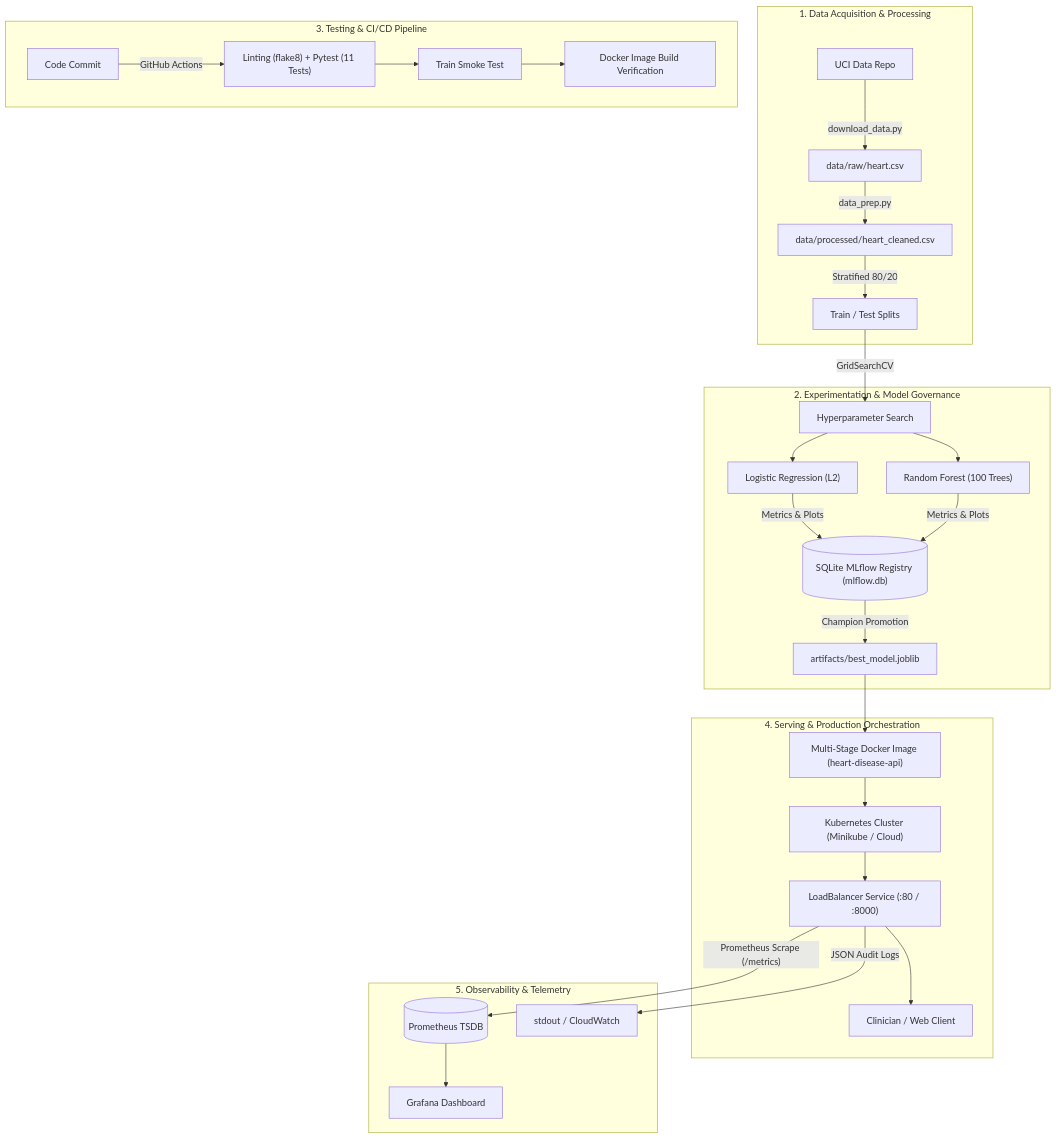
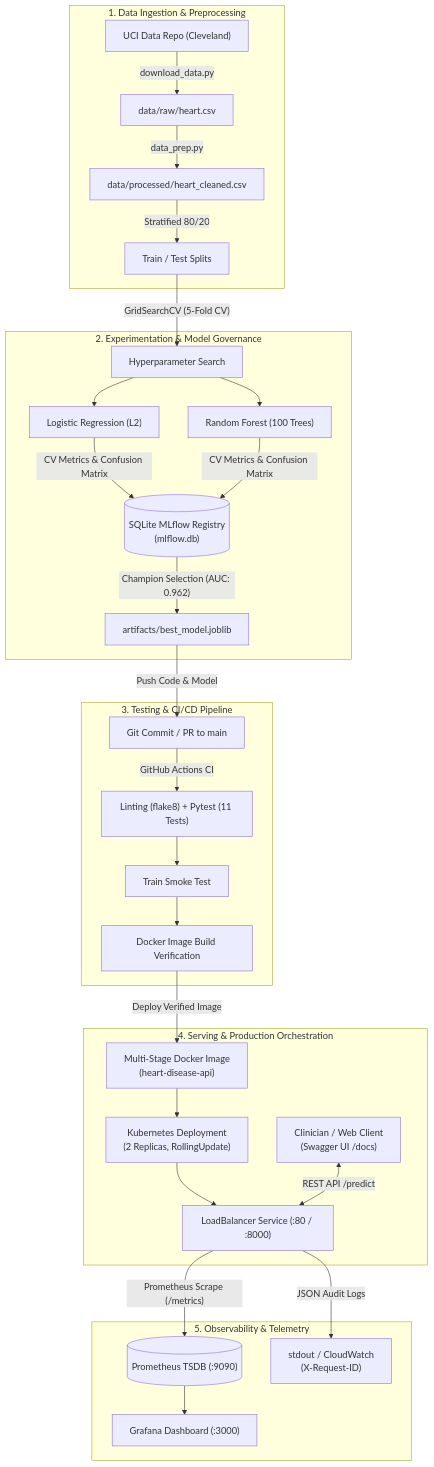
One commit to goelkiran/heart-disease-mlops changed the diagram in README.md. Above: the diagram before and after it, drawn with Mermaid. The commit also changed 14 other files, not shown here.

Commit message:
feat: complete MLOps production pipeline, architecture audit, and final report

````diff
--- a/README.md
+++ b/README.md
@@ -18,35 +18,36 @@
 ```mermaid
 flowchart TD
-    subgraph S1["1. Data Acquisition & Processing"]
-        UCI["UCI Data Repo"] -->|"download_data.py"| Raw["data/raw/heart.csv"]
+    subgraph S1["1. Data Ingestion & Preprocessing"]
+        UCI["UCI Data Repo (Cleveland)"] -->|"download_data.py"| Raw["data/raw/heart.csv"]
         Raw -->|"data_prep.py"| Clean["data/processed/heart_cleaned.csv"]
         Clean -->|"Stratified 80/20"| Split["Train / Test Splits"]
     end
 
     subgraph S2["2. Experimentation & Model Governance"]
-        Split -->|"GridSearchCV"| Tuning["Hyperparameter Search"]
+        Split -->|"GridSearchCV (5-Fold CV)"| Tuning["Hyperparameter Search"]
         Tuning --> Mod1["Logistic Regression (L2)"]
         Tuning --> Mod2["Random Forest (100 Trees)"]
-        Mod1 & Mod2 -->|"Metrics & Plots"| MLflow[("SQLite MLflow Registry (mlflow.db)")]
-        MLflow -->|"Champion Promotion"| Art["artifacts/best_model.joblib"]
+        Mod1 & Mod2 -->|"CV Metrics & Confusion Matrix"| MLflow[("SQLite MLflow Registry<br/>(mlflow.db)")]
+        MLflow -->|"Champion Selection (AUC: 0.962)"| Art["artifacts/best_model.joblib"]
     end
 
     subgraph S3["3. Testing & CI/CD Pipeline"]
-        Code["Code Commit"] -->|"GitHub Actions"| CI["Linting (flake8) + Pytest (11 Tests)"]
+        Art -->|"Push Code & Model"| Code["Git Commit / PR to main"]
+        Code -->|"GitHub Actions CI"| CI["Linting (flake8) + Pytest (11 Tests)"]
         CI --> Smoke["Train Smoke Test"]
         Smoke --> Img["Docker Image Build Verification"]
     end
 
     subgraph S4["4. Serving & Production Orchestration"]
-        Art --> Docker["Multi-Stage Docker Image (heart-disease-api)"]
-        Docker --> K8s["Kubernetes Cluster (Minikube / Cloud)"]
+        Img -->|"Deploy Verified Image"| Docker["Multi-Stage Docker Image<br/>(heart-disease-api)"]
+        Docker --> K8s["Kubernetes Deployment<br/>(2 Replicas, RollingUpdate)"]
         K8s --> Svc["LoadBalancer Service (:80 / :8000)"]
-        Svc --> Client["Clinician / Web Client"]
+        Client["Clinician / Web Client<br/>(Swagger UI /docs)"] <-->|"REST API /predict"| Svc
     end
 
     subgraph S5["5. Observability & Telemetry"]
-        Svc -->|"Prometheus Scrape (/metrics)"| Prom[("Prometheus TSDB")]
-        Prom --> Graf["Grafana Dashboard"]
-        Svc -->|"JSON Audit Logs"| Logs["stdout / CloudWatch"]
+        Svc -->|"Prometheus Scrape (/metrics)"| Prom[("Prometheus TSDB (:9090)")]
+        Prom --> Graf["Grafana Dashboard (:3000)"]
+        Svc -->|"JSON Audit Logs"| Logs["stdout / CloudWatch<br/>(X-Request-ID)"]
     end
 ```
````
